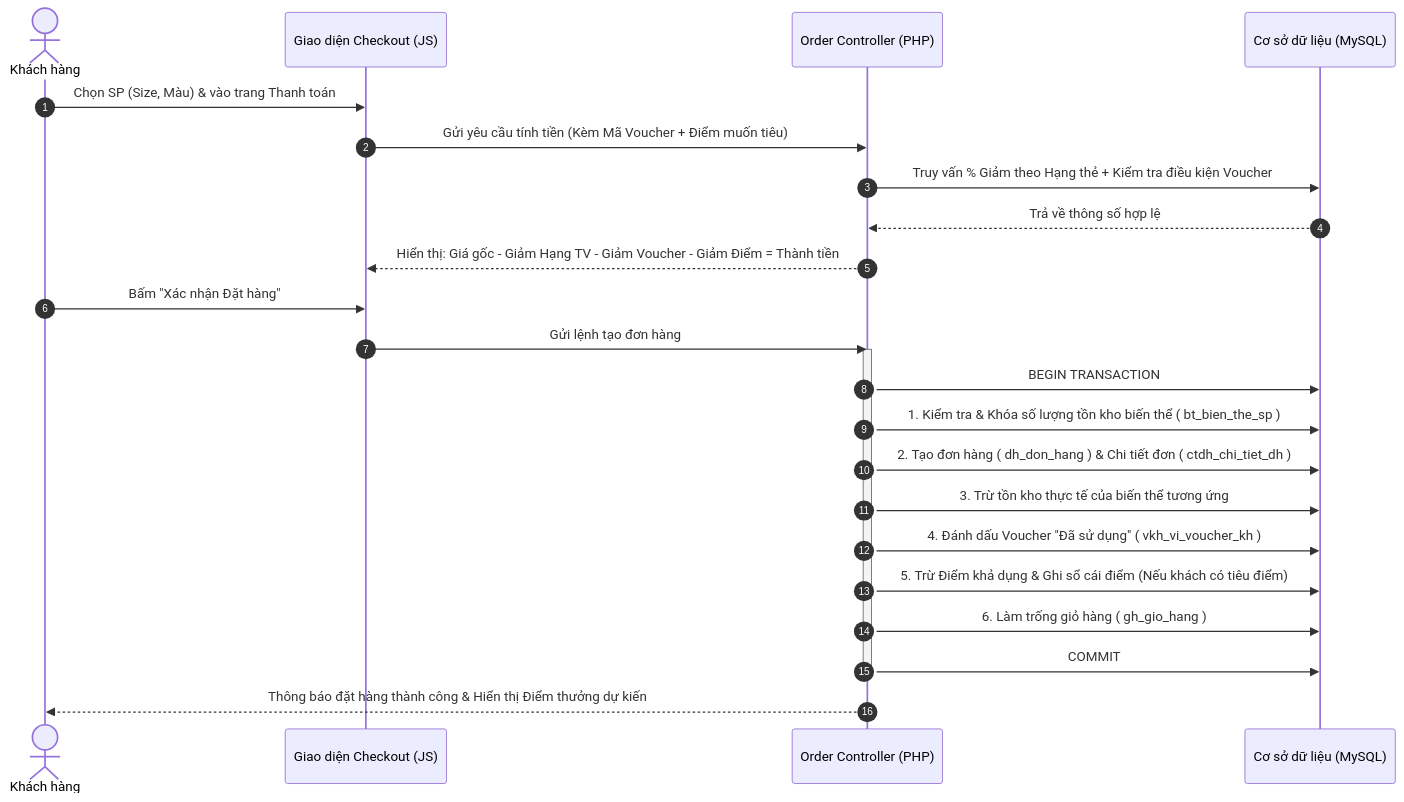
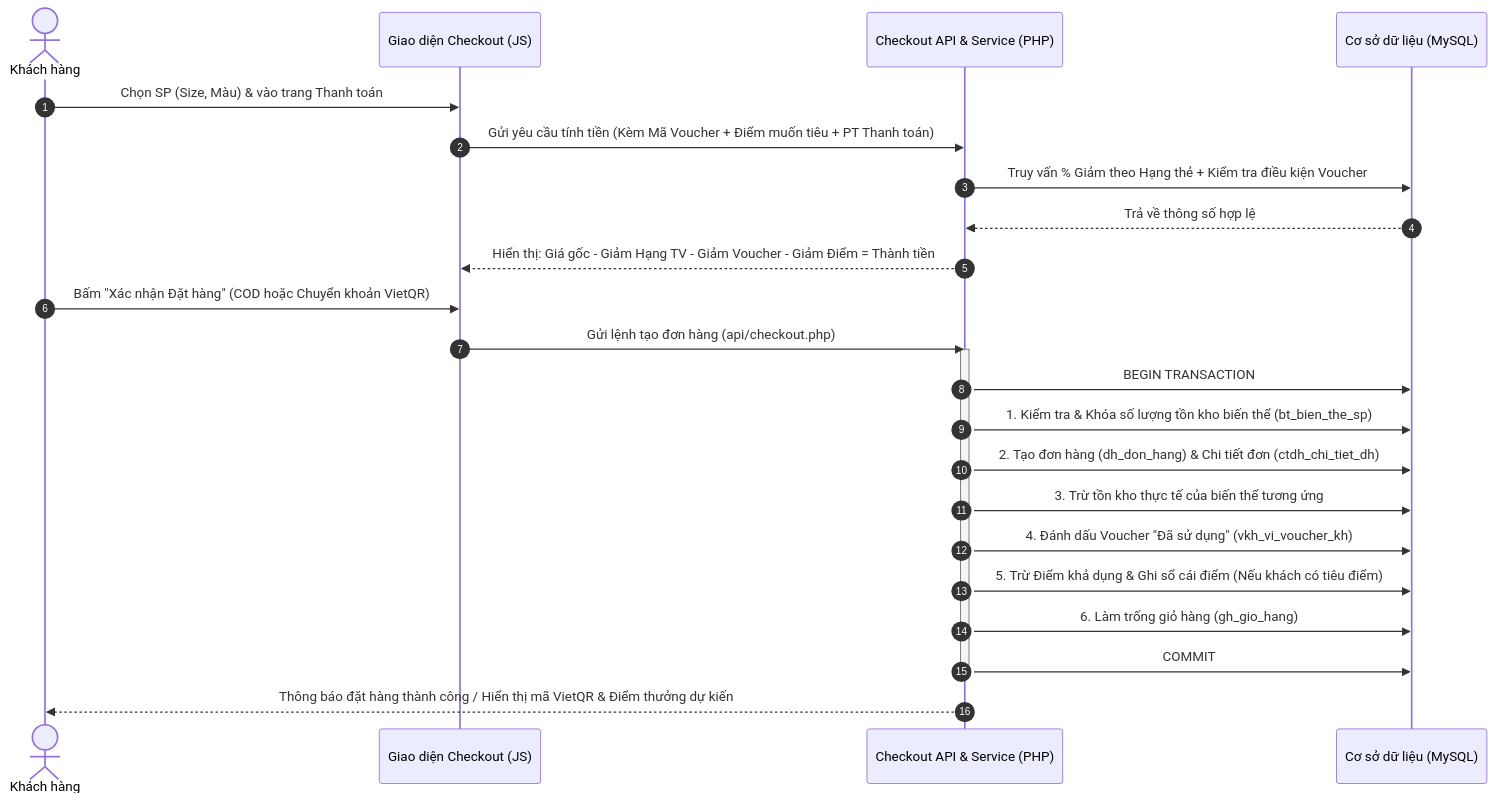
One commit to lethaoquyendth235746/Web-quan-ly-cua-hang-quan-ao changed the second of 4 diagrams in README.md. Above: the diagram before and after it, drawn with Mermaid. The commit also changed other lines of this file and 2 other files, not shown here.

````diff
--- a/README.md
+++ b/README.md
@@ -74,28 +89,28 @@
 ```mermaid
 sequenceDiagram
 autonumber
 actor KH as Khách hàng
 participant UI as Giao diện Checkout (JS)
-participant API as Order Controller (PHP)
+participant API as Checkout API & Service (PHP)
 participant DB as Cơ sở dữ liệu (MySQL)
 
 KH->>UI: Chọn SP (Size, Màu) & vào trang Thanh toán
-UI->>API: Gửi yêu cầu tính tiền (Kèm Mã Voucher + Điểm muốn tiêu)
+UI->>API: Gửi yêu cầu tính tiền (Kèm Mã Voucher + Điểm muốn tiêu + PT Thanh toán)
 API->>DB: Truy vấn % Giảm theo Hạng thẻ + Kiểm tra điều kiện Voucher
 DB-->>API: Trả về thông số hợp lệ
 API-->>UI: Hiển thị: Giá gốc - Giảm Hạng TV - Giảm Voucher - Giảm Điểm = Thành tiền
 
-KH->>UI: Bấm "Xác nhận Đặt hàng"
-UI->>API: Gửi lệnh tạo đơn hàng
+KH->>UI: Bấm "Xác nhận Đặt hàng" (COD hoặc Chuyển khoản VietQR)
+UI->>API: Gửi lệnh tạo đơn hàng (api/checkout.php)
 activate API
 API->>DB: BEGIN TRANSACTION
-API->>DB: 1. Kiểm tra & Khóa số lượng tồn kho biến thể ( bt_bien_the_sp )
-API->>DB: 2. Tạo đơn hàng ( dh_don_hang ) & Chi tiết đơn ( ctdh_chi_tiet_dh )
+API->>DB: 1. Kiểm tra & Khóa số lượng tồn kho biến thể (bt_bien_the_sp)
+API->>DB: 2. Tạo đơn hàng (dh_don_hang) & Chi tiết đơn (ctdh_chi_tiet_dh)
 API->>DB: 3. Trừ tồn kho thực tế của biến thể tương ứng
-API->>DB: 4. Đánh dấu Voucher "Đã sử dụng" ( vkh_vi_voucher_kh )
+API->>DB: 4. Đánh dấu Voucher "Đã sử dụng" (vkh_vi_voucher_kh)
 API->>DB: 5. Trừ Điểm khả dụng & Ghi sổ cái điểm (Nếu khách có tiêu điểm)
-API->>DB: 6. Làm trống giỏ hàng ( gh_gio_hang )
+API->>DB: 6. Làm trống giỏ hàng (gh_gio_hang)
 API->>DB: COMMIT
 deactivate API
-API-->>KH: Thông báo đặt hàng thành công & Hiển thị Điểm thưởng dự kiến
+API-->>KH: Thông báo đặt hàng thành công / Hiển thị mã VietQR & Điểm thưởng dự kiến
 ```
````
